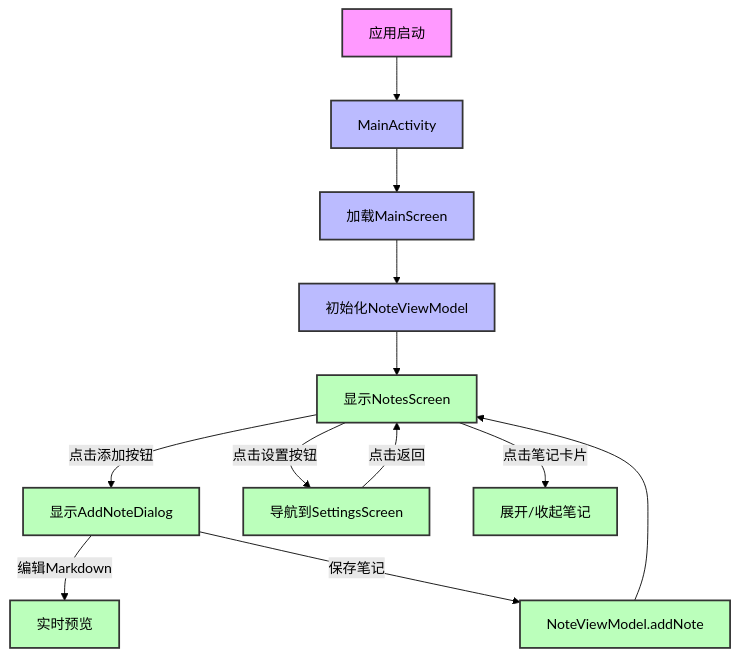
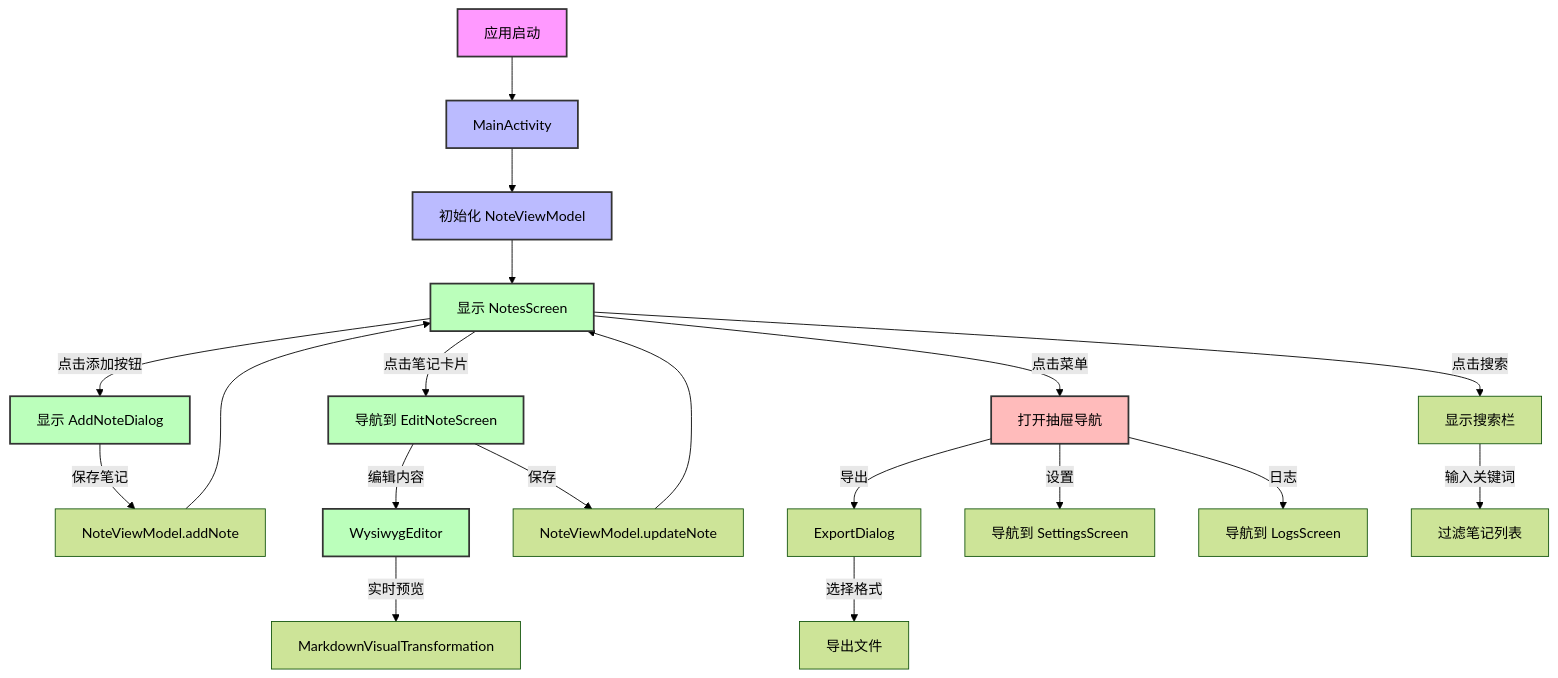
One commit to lyh0009/Journey changed the diagram in README.md. Above: the diagram before and after it, drawn with Mermaid (forest theme). The commit also changed other lines of this file, not shown here.

````diff
--- a/README.md
+++ b/README.md
@@ -178,28 +174,34 @@
 ```mermaid
 flowchart TD
     A[应用启动] --> B[MainActivity]
-    B --> C[加载MainScreen]
-    C --> D[初始化NoteViewModel]
-    D --> E[显示NotesScreen]
+    B --> C[初始化 NoteViewModel]
+    C --> D[显示 NotesScreen]
     
-    E -->|点击添加按钮| F[显示AddNoteDialog]
-    F -->|编辑Markdown| F1[实时预览]
-    F -->|保存笔记| G[NoteViewModel.addNote]
-    G --> E
+    D -->|点击添加按钮| E[显示 AddNoteDialog]
+    E -->|保存笔记| F[NoteViewModel.addNote]
+    F --> D
     
-    E -->|点击设置按钮| H[导航到SettingsScreen]
-    H -->|点击返回| E
+    D -->|点击笔记卡片| G[导航到 EditNoteScreen]
+    G -->|编辑内容| H[WysiwygEditor]
+    H -->|实时预览| I[MarkdownVisualTransformation]
+    G -->|保存| J[NoteViewModel.updateNote]
+    J --> D
     
-    E -->|点击笔记卡片| I[展开/收起笔记]
+    D -->|点击菜单| K[打开抽屉导航]
+    K -->|导出| L[ExportDialog]
+    L -->|选择格式| M[导出文件]
+    K -->|设置| N[导航到 SettingsScreen]
+    K -->|日志| O[导航到 LogsScreen]
+    
+    D -->|点击搜索| P[显示搜索栏]
+    P -->|输入关键词| Q[过滤笔记列表]
     
     style A fill:#f9f,stroke:#333,stroke-width:2px
     style B fill:#bbf,stroke:#333,stroke-width:2px
     style C fill:#bbf,stroke:#333,stroke-width:2px
-    style D fill:#bbf,stroke:#333,stroke-width:2px
+    style D fill:#bfb,stroke:#333,stroke-width:2px
     style E fill:#bfb,stroke:#333,stroke-width:2px
-    style F fill:#bfb,stroke:#333,stroke-width:2px
-    style F1 fill:#bfb,stroke:#333,stroke-width:2px
     style G fill:#bfb,stroke:#333,stroke-width:2px
     style H fill:#bfb,stroke:#333,stroke-width:2px
-    style I fill:#bfb,stroke:#333,stroke-width:2px
+    style K fill:#fbb,stroke:#333,stroke-width:2px
 ```
````
